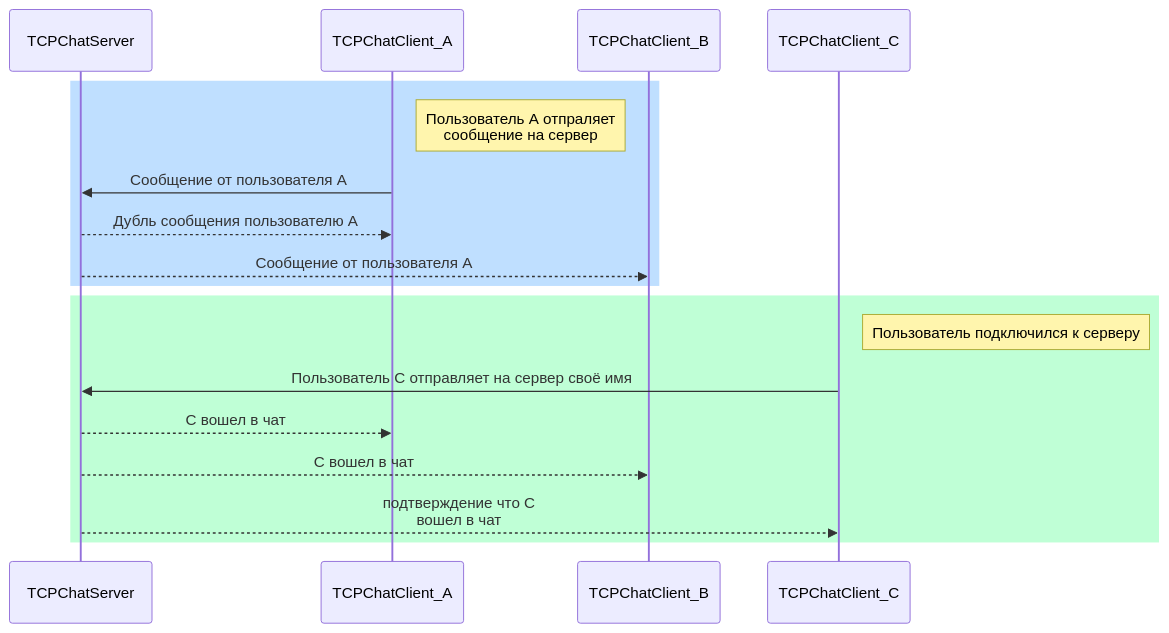
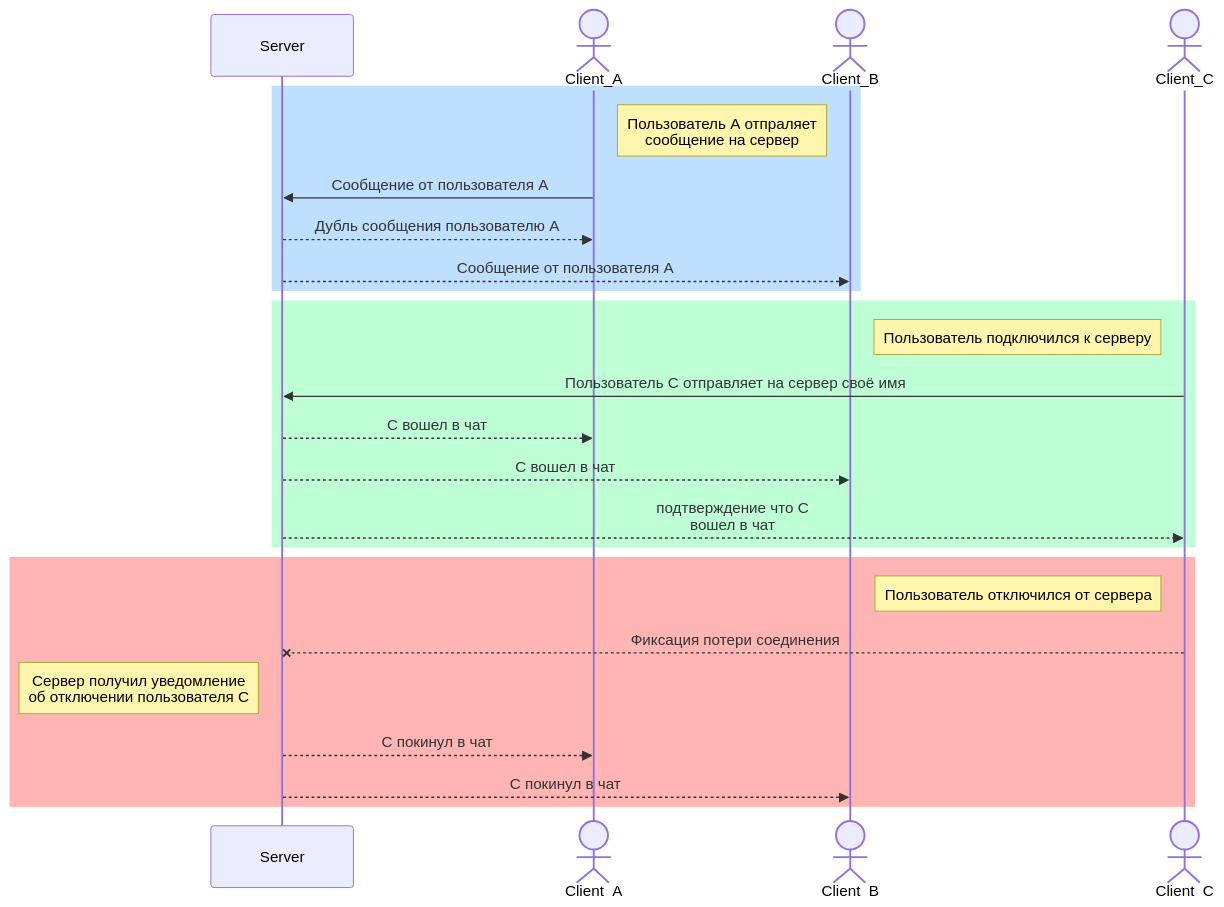
One commit to VladRusKorol/WPF_TcpChat changed the diagram in README.md. Above: the diagram before and after it, drawn with Mermaid. The commit also changed other lines of this file, not shown here.

Commit message:
Update README.md
update readme add diagram

````diff
--- a/README.md
+++ b/README.md
@@ -50,26 +51,34 @@
 ```mermaid
 sequenceDiagram
 
-    participant TCPChatServer
-    participant TCPChatClient_A
-    participant TCPChatClient_B
-    participant TCPChatClient_C
+    participant Server
+    actor  Client_A
+    actor  Client_B
+    actor  Client_C
 
     rect rgb(191, 223, 255)
-    note right of TCPChatClient_A: Пользователь А отпраляет<br/> сообщение на сервер
-    TCPChatClient_A ->> TCPChatServer: Сообщение от пользователя A
-    TCPChatServer -->> TCPChatClient_A: Дубль сообщения пользователю A
-    TCPChatServer -->> TCPChatClient_B: Сообщение от пользователя A
+    note right of Client_A: Пользователь А отпраляет<br/> сообщение на сервер
+    Client_A ->> Server: Сообщение от пользователя A
+    Server -->> Client_A: Дубль сообщения пользователю A
+    Server -->> Client_B: Сообщение от пользователя A
     end
 
     rect rgb(191, 255, 214)
-    note right of TCPChatClient_C: Пользователь подключился к серверу
-    TCPChatClient_C ->> TCPChatServer: Пользователь С отправляет на сервер своё имя
-    TCPChatServer -->> TCPChatClient_A: C вошел в чат
-    TCPChatServer -->> TCPChatClient_B: C вошел в чат
-    TCPChatServer -->> TCPChatClient_C: подтверждение что C<br/> вошел в чат
+    note left of Client_C: Пользователь подключился к серверу
+    Client_C ->> Server: Пользователь С отправляет на сервер своё имя
+    Server -->> Client_A: C вошел в чат
+    Server -->> Client_B: C вошел в чат
+    Server -->> Client_C: подтверждение что C <br/> вошел в чат
+    end
+
+    rect rgb(255, 181, 179)
+    note left of Client_C: Пользователь отключился от сервера
+    Client_C --x Server: Фиксация потери соединения
+    note left of Server: Сервер получил уведомление<br/> об отключении пользователя С
+    Server -->> Client_A: C покинул в чат
+    Server -->> Client_B: C покинул в чат
     end
 
     
    
 ```
````
